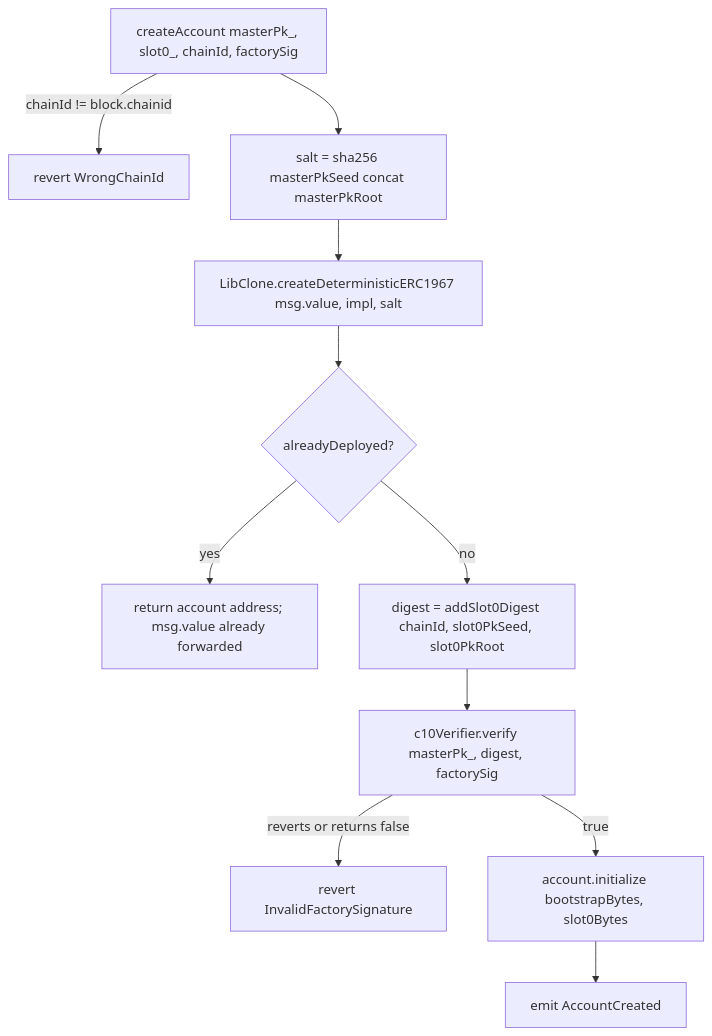
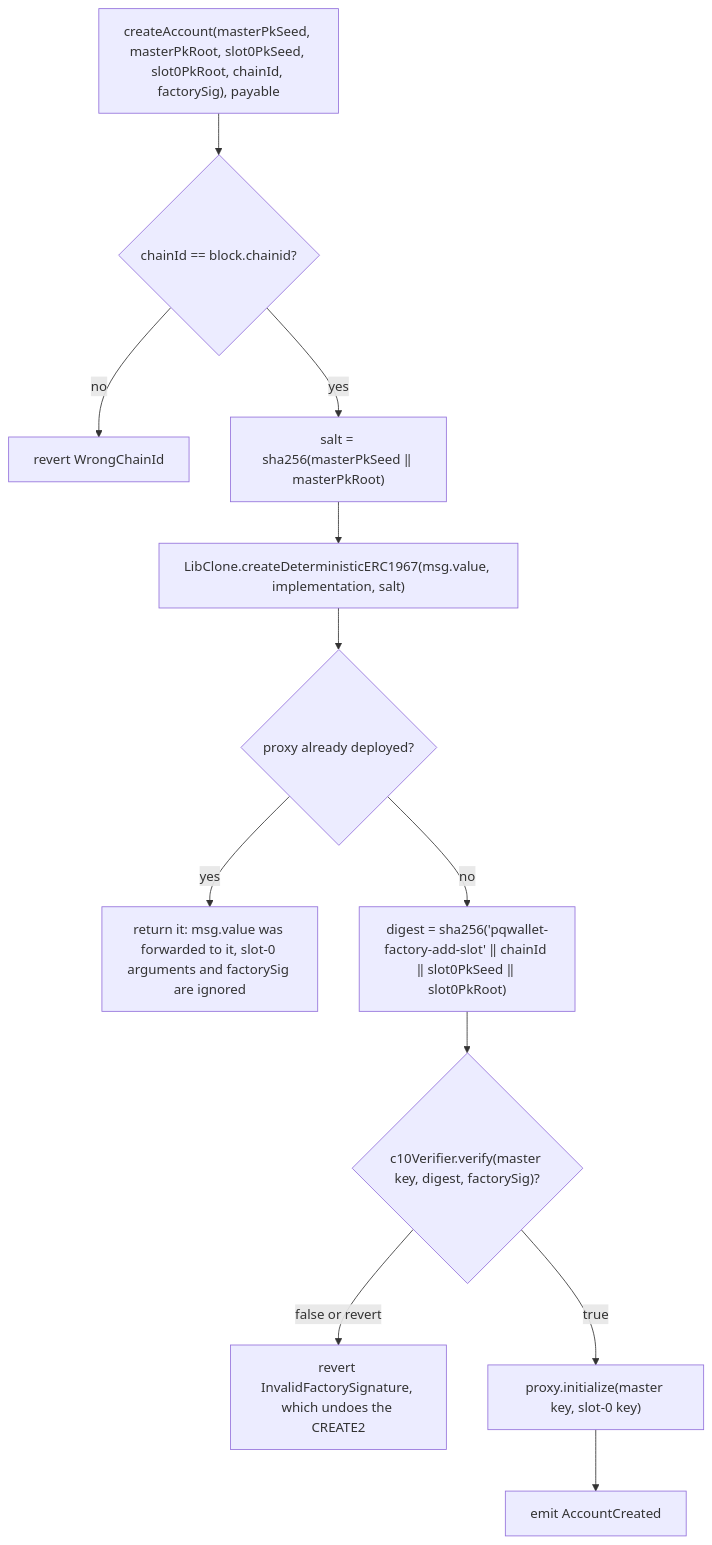
Before and after one commit to EthereumPhone/PQ1: the fourth of 6 diagrams in contracts/smart-wallet/AUDIT_DIAGRAMS.md, drawn with Mermaid. The commit also changed other lines of this file and 30 other files, not shown here.

````diff
--- a/contracts/smart-wallet/AUDIT_DIAGRAMS.md
+++ b/contracts/smart-wallet/AUDIT_DIAGRAMS.md
@@ -113,13 +169,14 @@
 ```mermaid
 flowchart TD
-    A[createAccount masterPk_, slot0_, chainId, factorySig] -->|chainId != block.chainid| Z1[revert WrongChainId]
-    A --> B[salt = sha256 masterPkSeed concat masterPkRoot]
-    B --> C[LibClone.createDeterministicERC1967 msg.value, impl, salt]
-    C --> D{alreadyDeployed?}
-    D -->|yes| E[return account address; msg.value already forwarded]
-    D -->|no| F[digest = addSlot0Digest chainId, slot0PkSeed, slot0PkRoot]
-    F --> G[c10Verifier.verify masterPk_, digest, factorySig]
-    G -->|reverts or returns false| Z2[revert InvalidFactorySignature]
-    G -->|true| H[account.initialize bootstrapBytes, slot0Bytes]
-    H --> I[emit AccountCreated]
+    A["createAccount(masterPkSeed, masterPkRoot, slot0PkSeed, slot0PkRoot, chainId, factorySig), payable"] --> CH{"chainId == block.chainid?"}
+    CH -->|no| R1["revert WrongChainId"]
+    CH -->|yes| SALT["salt = sha256(masterPkSeed ‖ masterPkRoot)"]
+    SALT --> CL["LibClone.createDeterministicERC1967(msg.value, implementation, salt)"]
+    CL --> D{"proxy already deployed?"}
+    D -->|yes| E["return it: msg.value was forwarded to it, slot-0 arguments and factorySig are ignored"]
+    D -->|no| DG["digest = sha256('pqwallet-factory-add-slot' ‖ chainId ‖ slot0PkSeed ‖ slot0PkRoot)"]
+    DG --> V{"c10Verifier.verify(master key, digest, factorySig)?"}
+    V -->|"false or revert"| R2["revert InvalidFactorySignature, which undoes the CREATE2"]
+    V -->|true| I["proxy.initialize(master key, slot-0 key)"]
+    I --> EV["emit AccountCreated"]
 ```
````
